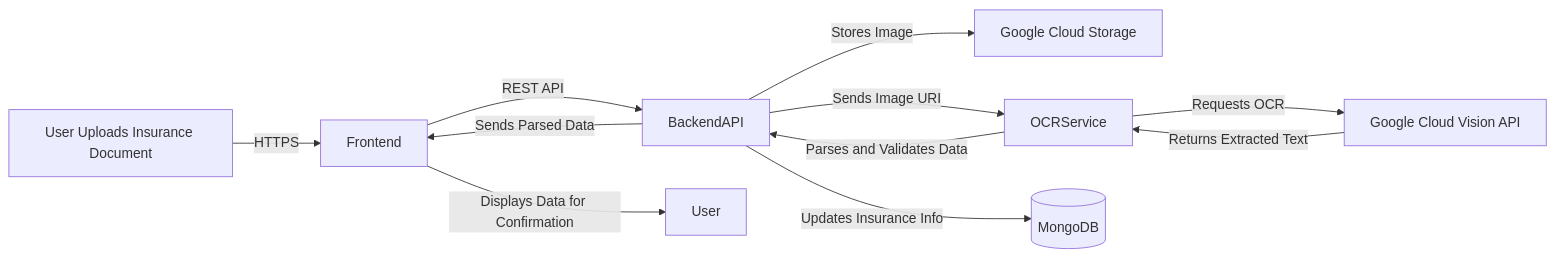
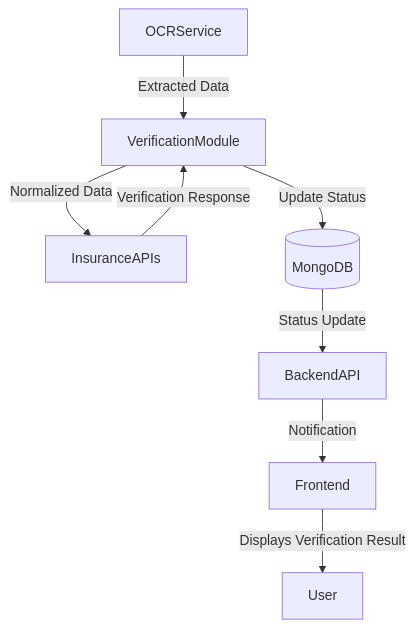
One commit to akbarsu/practice-management-mvp changed the eighth of 8 diagrams in README.md. Above: the diagram before and after it, drawn with Mermaid. The commit also changed other lines of this file, not shown here.

````diff
--- a/README.md
+++ b/README.md
@@ -530,13 +536,10 @@
 ```mermaid
-flowchart LR
-    UserUploads[User Uploads Insurance Document] -->|HTTPS| Frontend
-    Frontend -->|REST API| BackendAPI
-    BackendAPI -->|Stores Image| CloudStorage[Google Cloud Storage]
-    BackendAPI -->|Sends Image URI| OCRService
-    OCRService -->|Requests OCR| GoogleVisionAPI[Google Cloud Vision API]
-    GoogleVisionAPI -->|Returns Extracted Text| OCRService
-    OCRService -->|Parses and Validates Data| BackendAPI
-    BackendAPI -->|Updates Insurance Info| Database[(MongoDB)]
-    BackendAPI -->|Sends Parsed Data| Frontend
-    Frontend -->|Displays Data for Confirmation| User
+flowchart TD
+    OCRService -->|Extracted Data| VerificationModule
+    VerificationModule -->|Normalized Data| InsuranceAPIs
+    InsuranceAPIs -->|Verification Response| VerificationModule
+    VerificationModule -->|Update Status| Database[(MongoDB)]
+    Database -->|Status Update| BackendAPI
+    BackendAPI -->|Notification| Frontend
+    Frontend -->|Displays Verification Result| User
 ```
````
